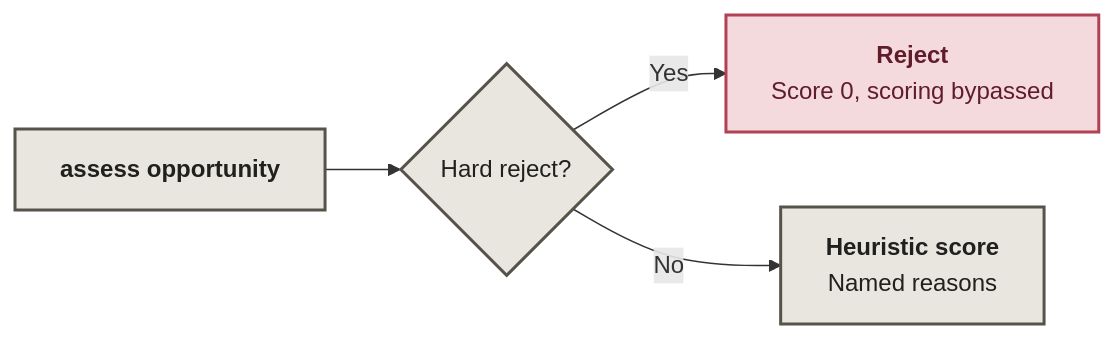
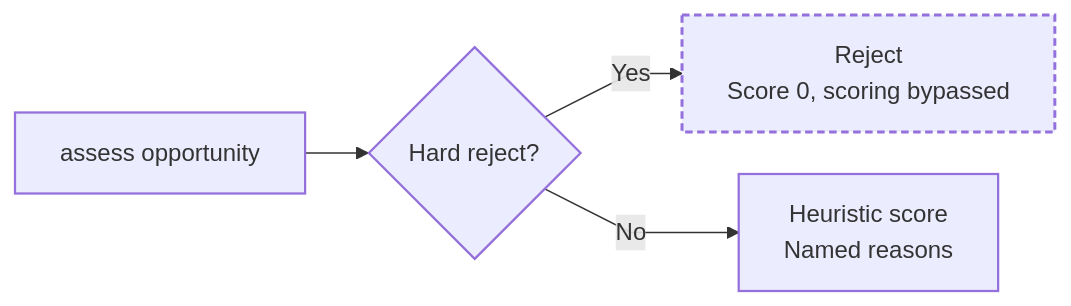
Before and after one commit to Niyam-Paneru/opportunity-intelligence-core: the first of 2 diagrams in README.md, drawn with Mermaid. The commit also changed other lines of this file, not shown here.

Commit message:
Improve Mermaid layout and light-dark theme readability

````diff
--- a/README.md
+++ b/README.md
@@ -13,11 +13,20 @@
 ```mermaid
+---
+config:
+  flowchart:
+    curve: linear
+    nodeSpacing: 28
+    rankSpacing: 42
+---
 flowchart LR
-    O["<b>assess opportunity</b>"] --> G{"Hard reject?"}
-    G -- Yes --> R["<b>Reject</b><br/>Score 0, scoring bypassed"]
-    G -- No --> S["<b>Heuristic score</b><br/>Named reasons"]
-    classDef input fill:#e8e6df,stroke:#55534a,color:#20201d,stroke-width:2px;
-    classDef pass fill:#d2e5d8,stroke:#38734d,color:#183923,stroke-width:2px;
-    classDef stop fill:#f4dadd,stroke:#b14253,color:#611c29,stroke-width:2px;
+    accTitle: Eligibility: reject before spending effort on a score
+    accDescr: Decision flow for eligibility: reject before spending effort on a score.
+    O["assess opportunity"] --> G{"Hard reject?"}
+    G -- Yes --> R["Reject<br/>Score 0, scoring bypassed"]
+    G -- No --> S["Heuristic score<br/>Named reasons"]
+    classDef input stroke-width:1.5px;
+    classDef pass stroke-width:2.5px;
+    classDef stop stroke-width:2px,stroke-dasharray:5 3;
     class O,G,S input;
     class R stop;
 ```
````
